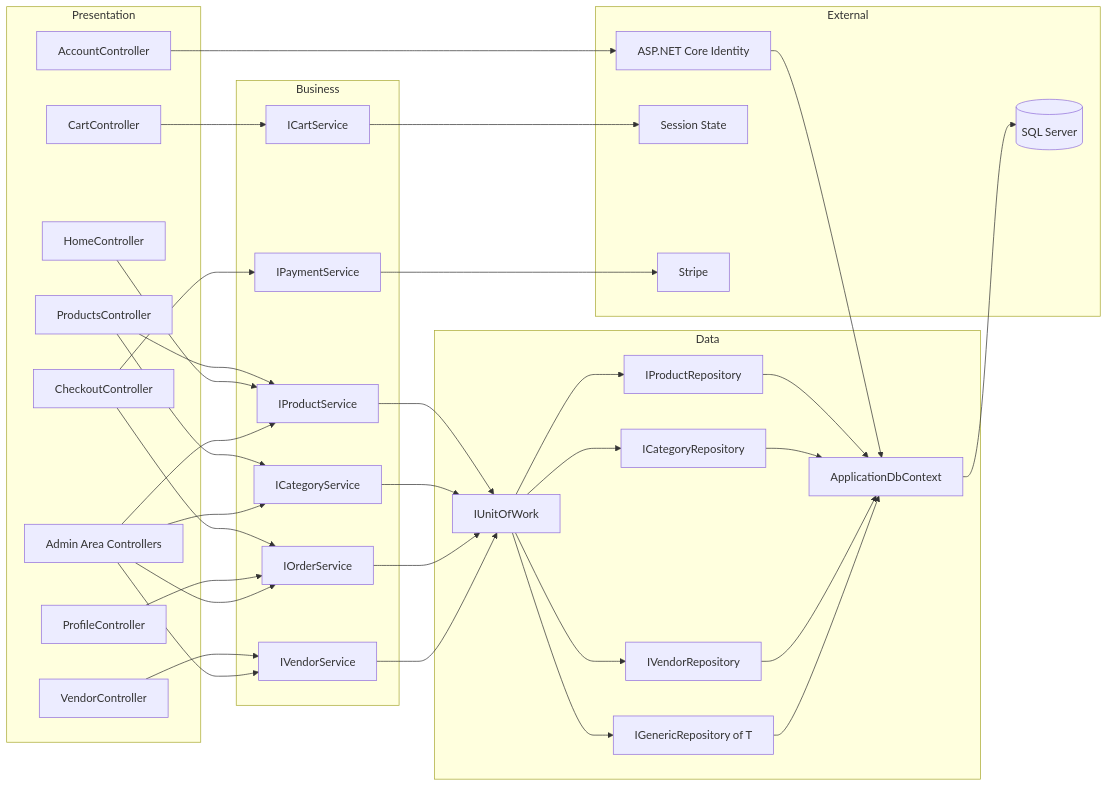
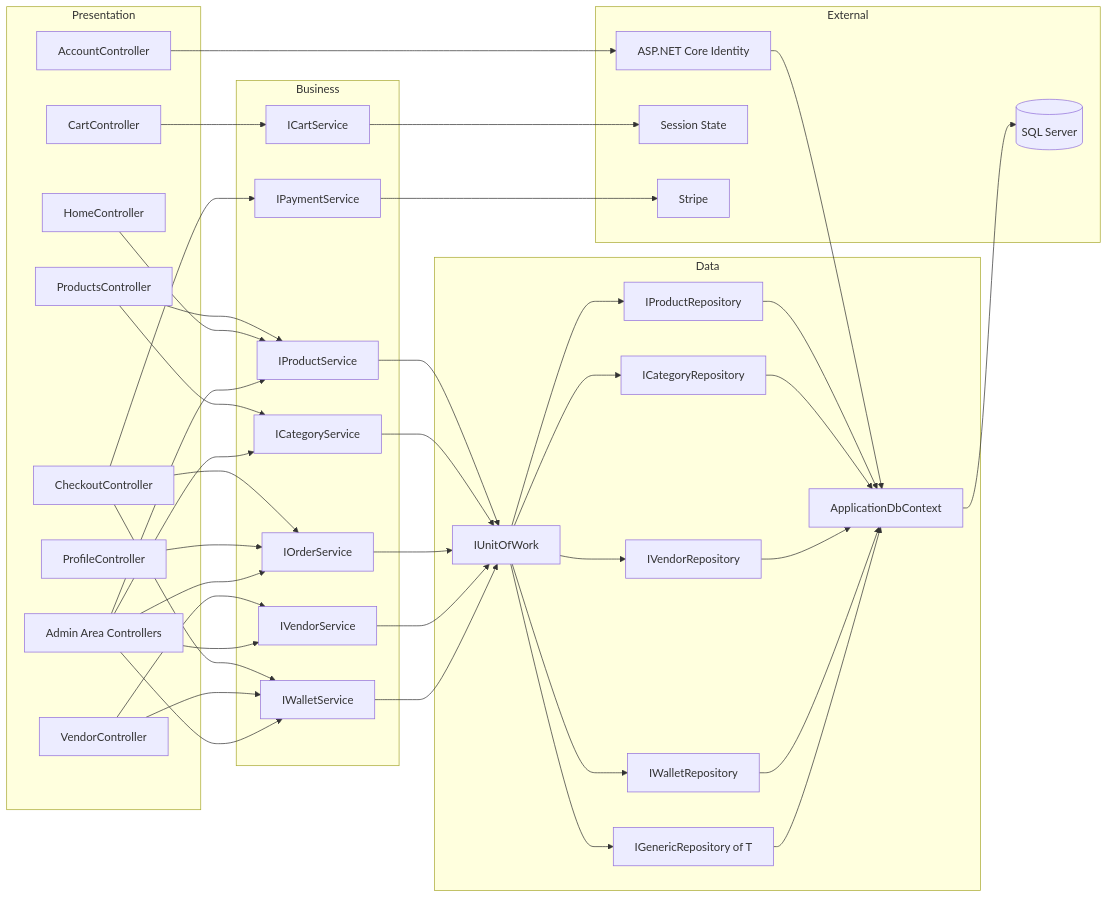
One commit to ahmadalrudiny/Techxpress_DEPI_Project changed the second of 3 diagrams in docs/System-Analysis-Design/01-Problem-Statement-and-Architecture.md. Above: the diagram before and after it, drawn with Mermaid. The commit also changed other lines of this file, not shown here.

````diff
--- a/docs/System-Analysis-Design/01-Problem-Statement-and-Architecture.md
+++ b/docs/System-Analysis-Design/01-Problem-Statement-and-Architecture.md
@@ -64,54 +69,56 @@
 ```mermaid
 flowchart LR
     subgraph Presentation
         HC["HomeController"]
         PC["ProductsController"]
         AC["AccountController"]
         CC["CartController"]
         OC["CheckoutController"]
         PRC["ProfileController"]
         VC["VendorController"]
         ADM["Admin Area Controllers"]
     end
 
     subgraph Business
         IPS["IProductService"]
         ICS["ICategoryService"]
         ICART["ICartService"]
         IOS["IOrderService"]
         IPAY["IPaymentService"]
         IVS["IVendorService"]
+        IWS["IWalletService"]
     end
 
     subgraph Data
         IUOW["IUnitOfWork"]
         IPR["IProductRepository"]
         ICR["ICategoryRepository"]
         IVR["IVendorRepository"]
+        IWR["IWalletRepository"]
         IGR["IGenericRepository of T"]
         CTX["ApplicationDbContext"]
     end
 
     subgraph External
         IDN["ASP.NET Core Identity"]
         SES["Session State"]
         STR["Stripe"]
         SQL[("SQL Server")]
     end
 
     PC --> IPS
     HC --> IPS
     PC --> ICS
     CC --> ICART
-    OC --> IOS & IPAY
+    OC --> IOS & IPAY & IWS
     PRC --> IOS
-    VC --> IVS
-    ADM --> IPS & ICS & IOS & IVS
+    VC --> IVS & IWS
+    ADM --> IPS & ICS & IOS & IVS & IWS
     AC --> IDN
     ICART --> SES
-    IPS & ICS & IOS & IVS --> IUOW
-    IUOW --> IPR & ICR & IVR & IGR
-    IPR & ICR & IVR & IGR --> CTX --> SQL
+    IPS & ICS & IOS & IVS & IWS --> IUOW
+    IUOW --> IPR & ICR & IVR & IWR & IGR
+    IPR & ICR & IVR & IWR & IGR --> CTX --> SQL
     IPAY --> STR
     IDN --> CTX
 ```
````
